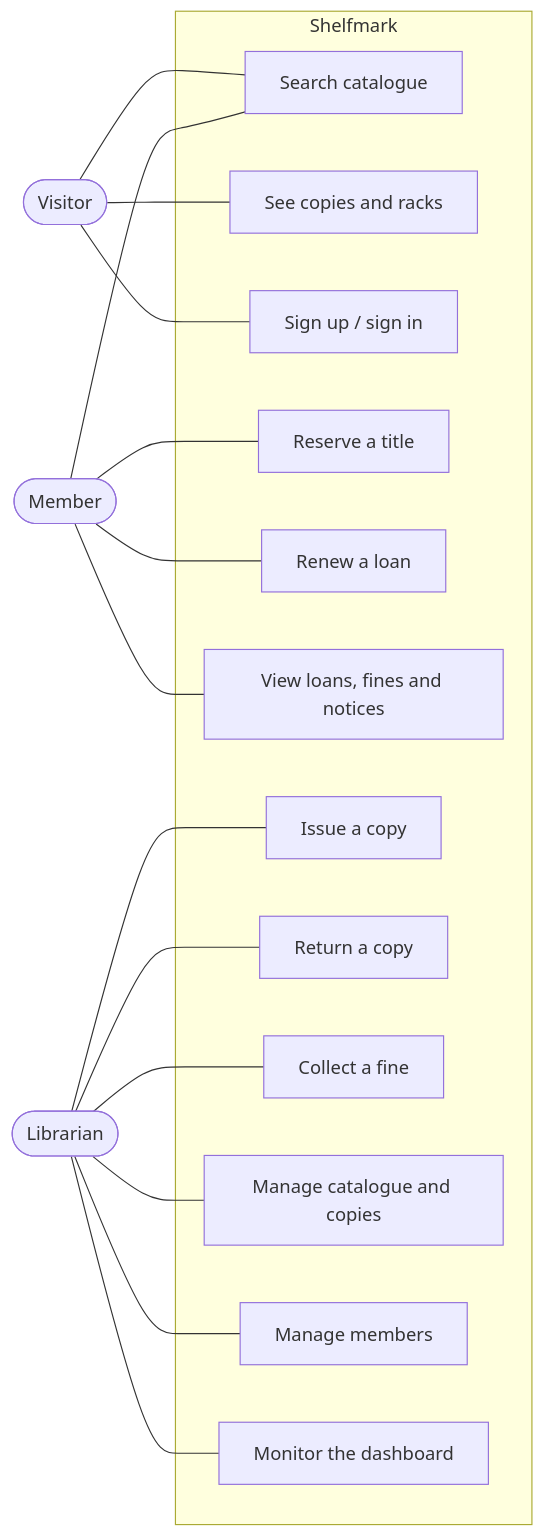
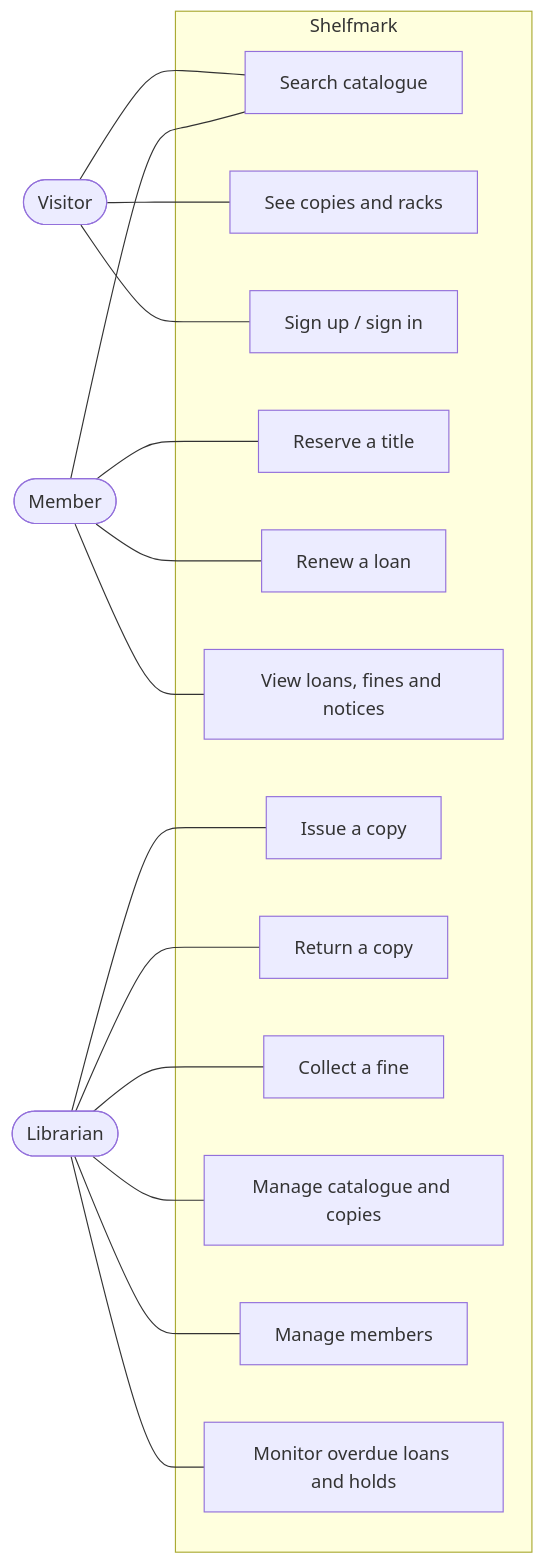
One commit to AarushCh/Shelfmark changed the first of 6 diagrams in README.md. Above: the diagram before and after it, drawn with Mermaid. The commit also changed other lines of this file and 7 other files, not shown here.

````diff
--- a/README.md
+++ b/README.md
@@ -55,23 +55,23 @@
 ```mermaid
 flowchart LR
     V([Visitor])
     M([Member])
     L([Librarian])
     subgraph Shelfmark
         S[Search catalogue]
         C[See copies and racks]
         J[Sign up / sign in]
         R[Reserve a title]
         N[Renew a loan]
         A[View loans, fines and notices]
         I[Issue a copy]
         T[Return a copy]
         F[Collect a fine]
         K[Manage catalogue and copies]
         E[Manage members]
-        D[Monitor the dashboard]
+        D[Monitor overdue loans and holds]
     end
     V --- S & C & J
     M --- S & R & N & A
     L --- I & T & F & K & E & D
 ```
````
